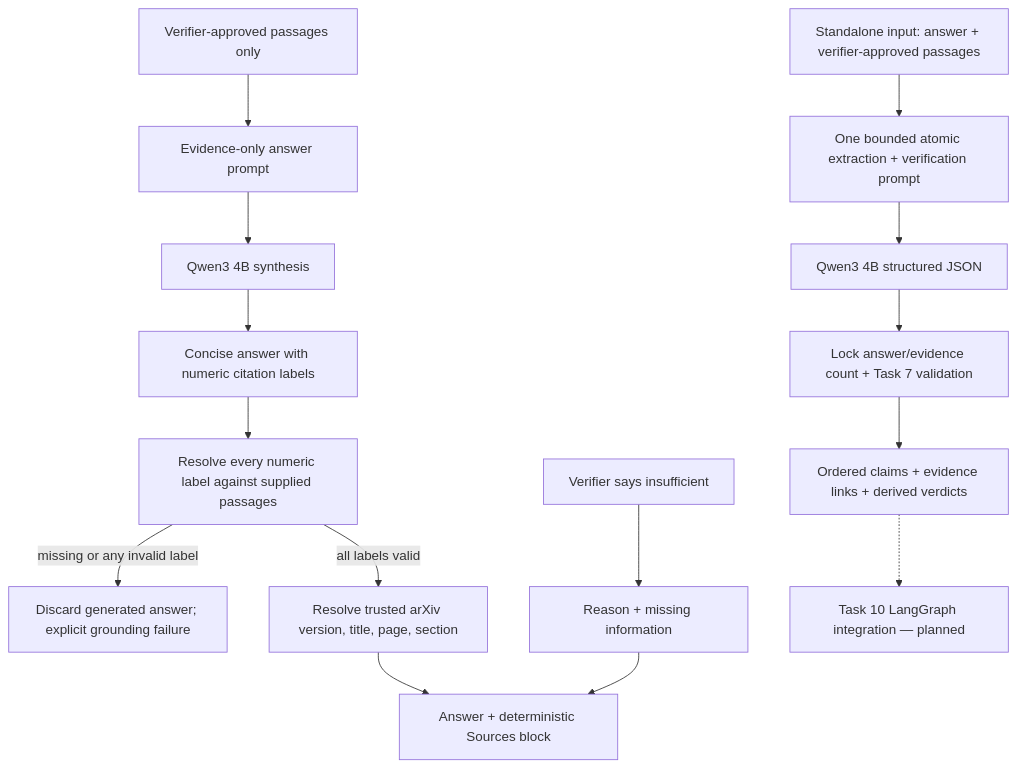
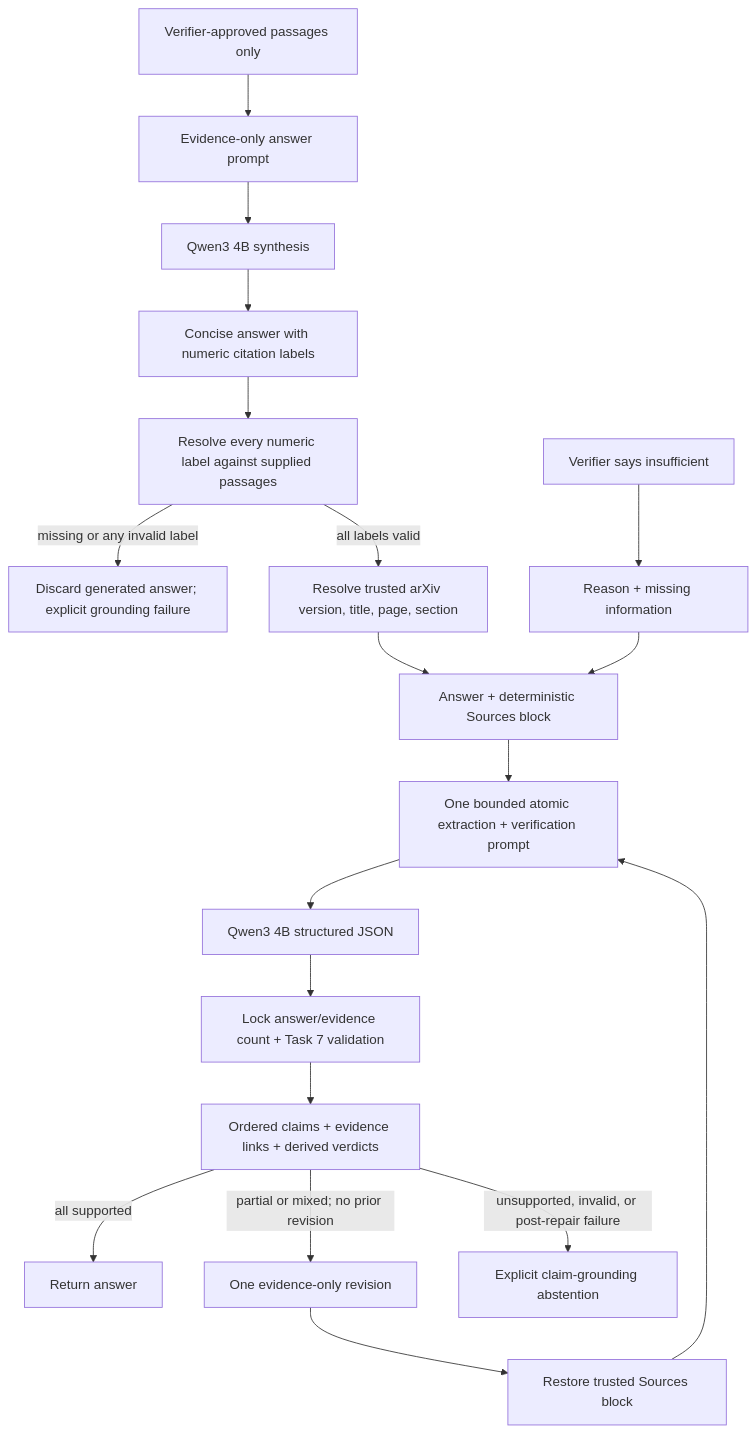
One commit to TQC0103/scientific-research-agent changed the eighth of 11 diagrams in docs/SYSTEM_VISUALIZATION.md. Above: the diagram before and after it, drawn with Mermaid. The commit also changed other lines of this file and 10 other files, not shown here.

Commit message:
Integrate bounded claim verification flow

````diff
--- a/docs/SYSTEM_VISUALIZATION.md
+++ b/docs/SYSTEM_VISUALIZATION.md
@@ -198,19 +210,23 @@
 ```mermaid
 flowchart TD
     VERIFIED["Verifier-approved passages only"] --> PROMPT["Evidence-only answer prompt"]
     PROMPT --> QWEN["Qwen3 4B synthesis"]
     QWEN --> RAW["Concise answer with numeric citation labels"]
     RAW --> PARSE["Resolve every numeric label against supplied passages"]
     PARSE -->|"missing or any invalid label"| CITEFAIL["Discard generated answer; explicit grounding failure"]
     PARSE -->|"all labels valid"| METADATA["Resolve trusted arXiv version, title, page, section"]
     METADATA --> FINAL["Answer + deterministic Sources block"]
 
     INSUFFICIENT["Verifier says insufficient"] --> ABSTAIN["Reason + missing information"]
     ABSTAIN --> FINAL
 
-    DIRECT["Standalone input: answer + verifier-approved passages"] --> CLAIMPROMPT["One bounded atomic extraction + verification prompt"]
+    FINAL --> CLAIMPROMPT["One bounded atomic extraction + verification prompt"]
     CLAIMPROMPT --> CLAIMQWEN["Qwen3 4B structured JSON"]
     CLAIMQWEN --> CLAIMGUARD["Lock answer/evidence count + Task 7 validation"]
     CLAIMGUARD --> CLAIMBUNDLE["Ordered claims + evidence links + derived verdicts"]
-    CLAIMBUNDLE -.-> FUTUREGRAPH["Task 10 LangGraph integration — planned"]
+    CLAIMBUNDLE -->|"all supported"| VERIFIED_FINAL["Return answer"]
+    CLAIMBUNDLE -->|"partial or mixed; no prior revision"| REPAIR["One evidence-only revision"]
+    REPAIR --> SOURCES["Restore trusted Sources block"]
+    SOURCES --> CLAIMPROMPT
+    CLAIMBUNDLE -->|"unsupported, invalid, or post-repair failure"| CLAIMFAIL["Explicit claim-grounding abstention"]
 ```
````
